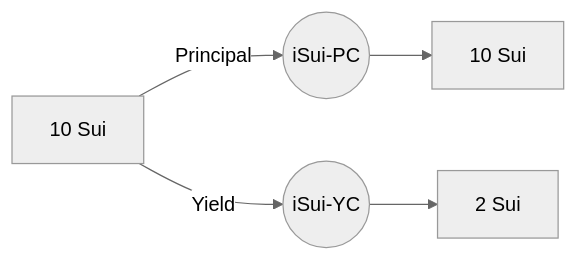
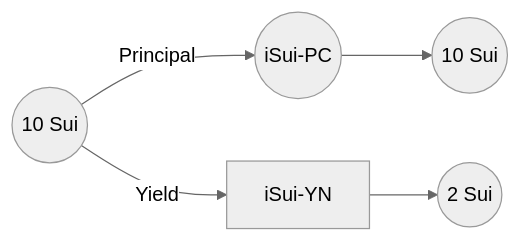
The second of 2 diagrams in README.md (interest-protocol/interest-lst), drawn with Mermaid (neutral theme) before and after one commit. The commit also changed other lines of this file and 3 other files, not shown here.

````diff
--- a/README.md
+++ b/README.md
@@ -45,7 +45,7 @@
 ```mermaid
 graph LR
-A[10 Sui] -- Principal --> B((iSui-PC))
-A -- Yield --> C((iSui-YC))
-B --> D[10 Sui]
-C --> E[2 Sui]
+A((10 Sui)) -- Principal --> B((iSui-PC))
+A -- Yield --> C[iSui-YN]
+B --> D((10 Sui))
+C --> E((2 Sui))
 ```
````
